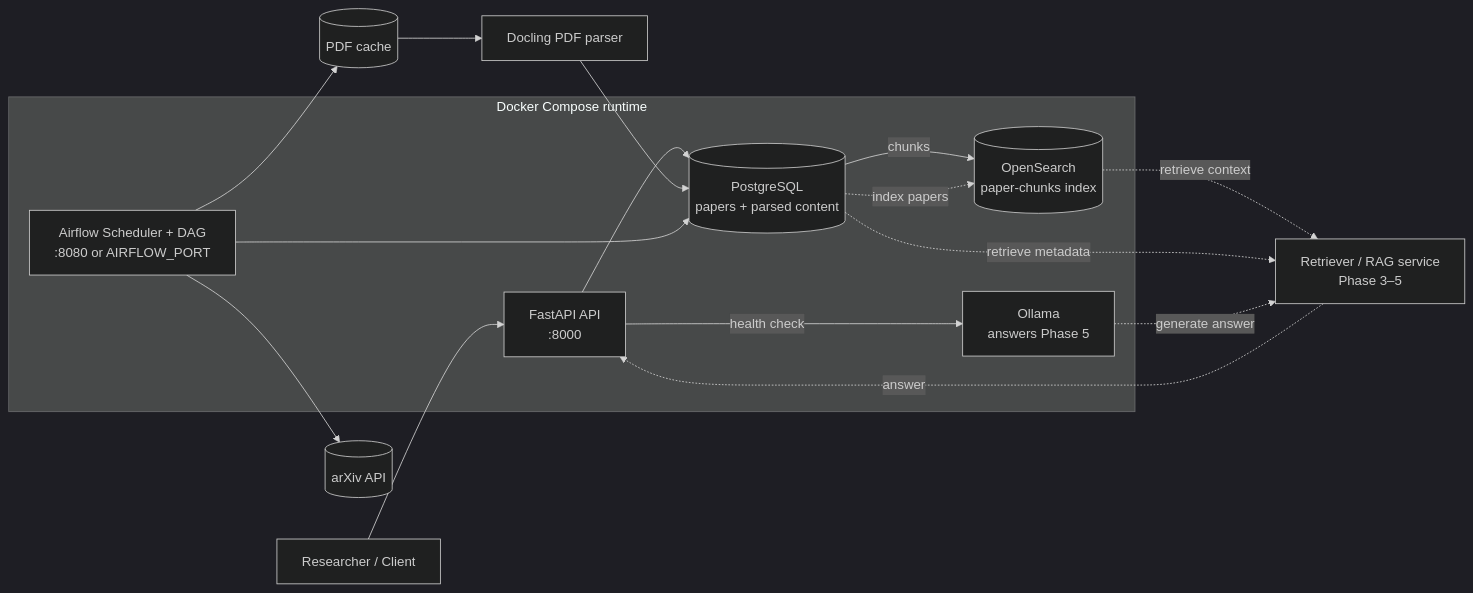
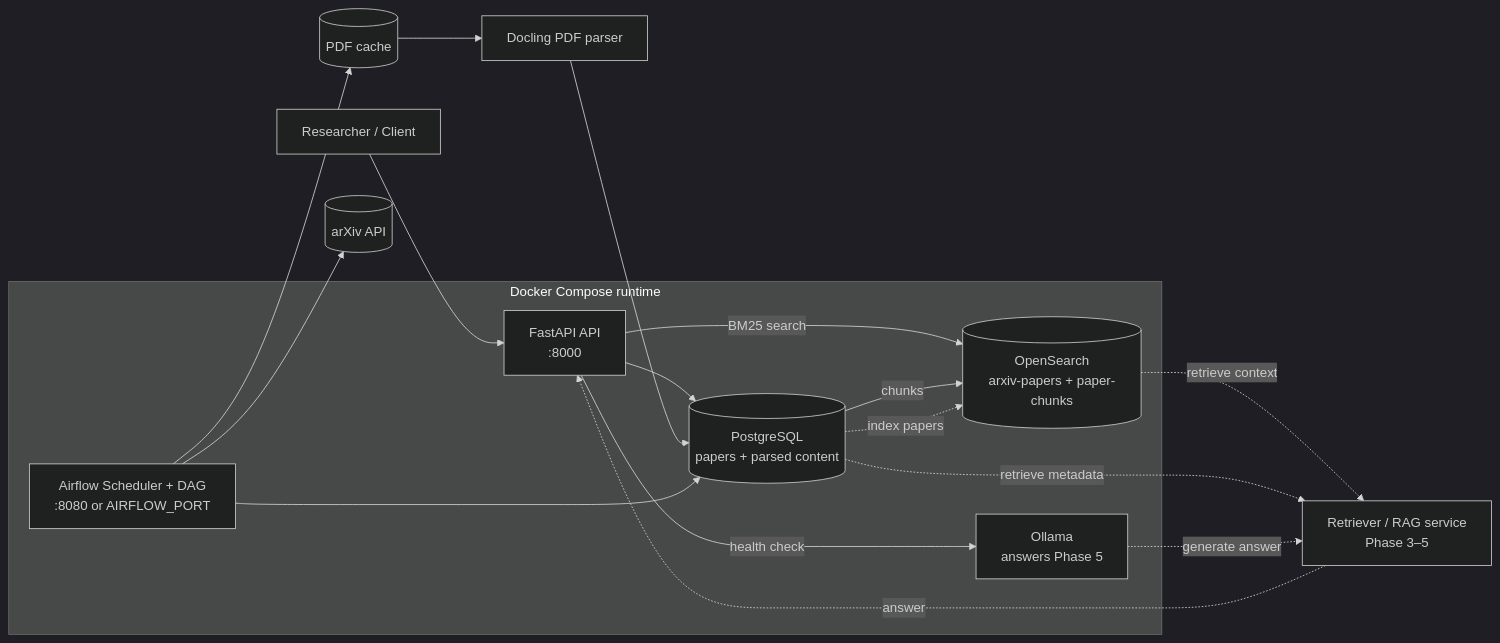
The first of 2 diagrams in README.md (Xmen3em/AI-ScholarLens), drawn with Mermaid (dark theme) before and after one commit. The commit also changed other lines of this file and 20 other files, not shown here.

First line of the commit message:
feat: BM25 paper search over OpenSearch

```diff
--- a/README.md
+++ b/README.md
@@ -26,34 +26,35 @@
 ~~~mermaid
 flowchart LR
     User[Researcher / Client]
 
     subgraph Runtime[Docker Compose runtime]
         API[FastAPI API<br/>:8000]
         Airflow[Airflow Scheduler + DAG<br/>:8080 or AIRFLOW_PORT]
         DB[(PostgreSQL<br/>papers + parsed content)]
-        Search[(OpenSearch<br/>paper-chunks index)]
+        Search[(OpenSearch<br/>arxiv-papers + paper-chunks)]
         Ollama[Ollama<br/>answers Phase 5]
     end
 
     Arxiv[(arXiv API)]
     PDF[(PDF cache)]
     Docling[Docling PDF parser]
     Retriever[Retriever / RAG service<br/>Phase 3–5]
 
     User --> API
     API --> DB
+    API -- BM25 search --> Search
     API -- health check --> Ollama
 
     Airflow --> Arxiv
     Airflow --> PDF
     PDF --> Docling
     Docling --> DB
     DB -- chunks --> Search
     Airflow --> DB
 
     DB -. index papers .-> Search
     Search -. retrieve context .-> Retriever
     DB -. retrieve metadata .-> Retriever
     Ollama -. generate answer .-> Retriever
     Retriever -. answer .-> API
 ~~~
```
